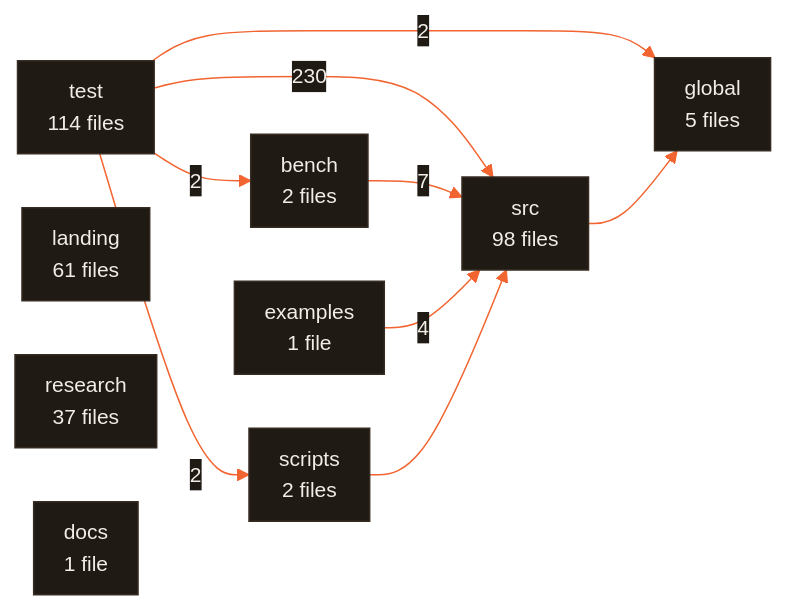
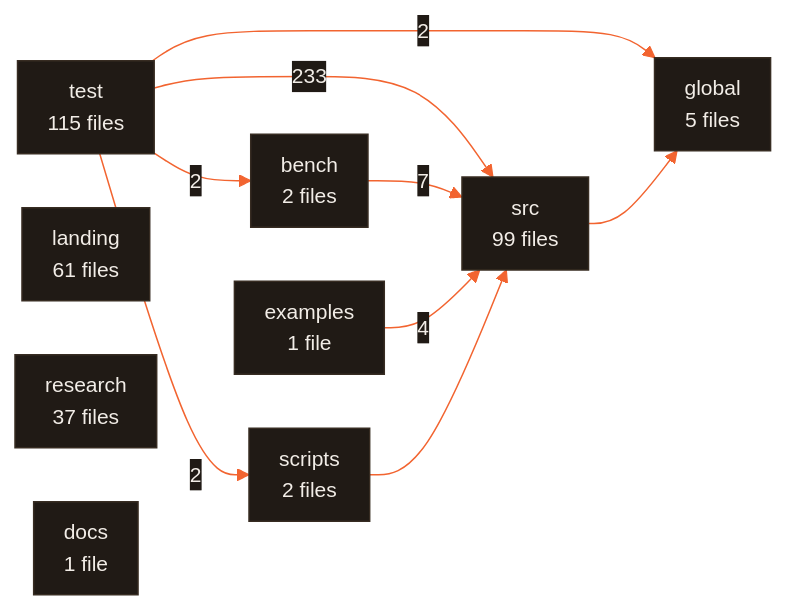
Before and after one commit to CodeWithJuber/forgekit: the fifth of 5 diagrams in ARCHITECTURE.md, drawn with Mermaid. The commit also changed other lines of this file and 6 other files, not shown here.

````diff
--- a/ARCHITECTURE.md
+++ b/ARCHITECTURE.md
@@ -619,21 +620,21 @@
 ```mermaid
 %%{init: {'theme':'base','themeVariables':{'primaryColor':'#201a15','primaryTextColor':'#f2ede7','primaryBorderColor':'#372c22','lineColor':'#f26430','secondaryColor':'#272019','tertiaryColor':'#171310','edgeLabelBackground':'#201a15','clusterBkg':'#171310','clusterBorder':'#4a3b2e','fontFamily':'ui-sans-serif, system-ui, sans-serif','fontSize':'14px'},'flowchart':{'curve':'basis','padding':10,'nodeSpacing':36,'rankSpacing':44}}}%%
 flowchart LR
-  test["test<br/>114 files"]
-  src["src<br/>98 files"]
+  test["test<br/>115 files"]
+  src["src<br/>99 files"]
   landing["landing<br/>61 files"]
   research["research<br/>37 files"]
   global["global<br/>5 files"]
   bench["bench<br/>2 files"]
   scripts["scripts<br/>2 files"]
   docs["docs<br/>1 file"]
   examples["examples<br/>1 file"]
-  test -- 230 --> src
+  test -- 233 --> src
   bench -- 7 --> src
   examples -- 4 --> src
   test -- 2 --> bench
   test -- 2 --> global
   test -- 2 --> scripts
   scripts --> src
   src --> global
 ```
````
